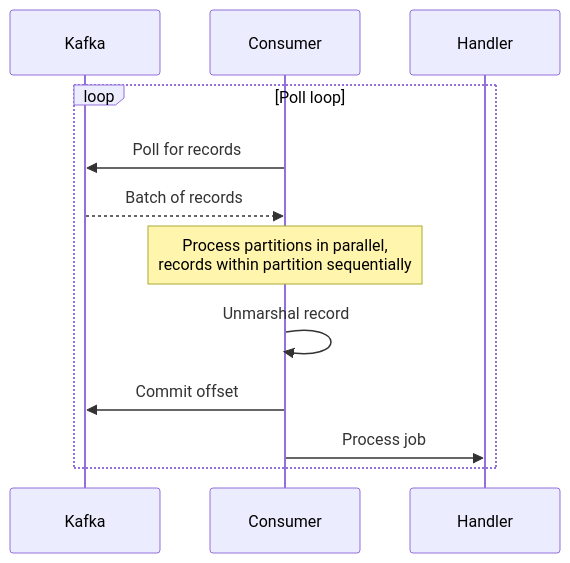
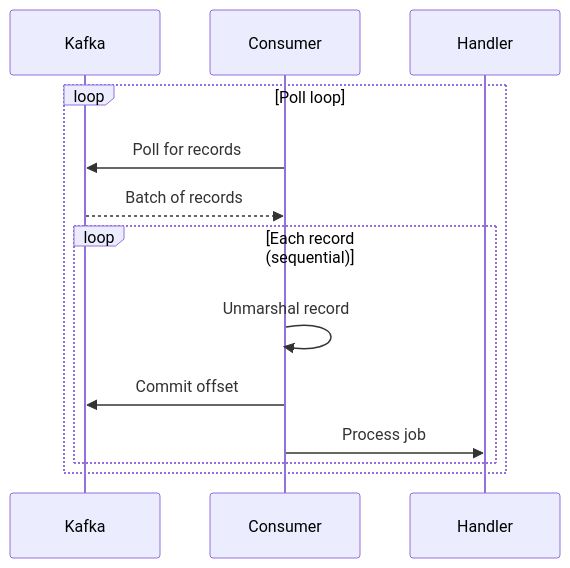
One commit to matmazurk/oidc-keepie changed the second of 10 diagrams in kafka/README.md. Above: the diagram before and after it, drawn with Mermaid. The commit also changed other lines of this file, not shown here.

Commit message:
update kafka readme

````diff
--- a/kafka/README.md
+++ b/kafka/README.md
@@ -41,17 +41,17 @@
 ```mermaid
 sequenceDiagram
     participant Kafka
     participant Consumer
     participant Handler
 
     loop Poll loop
         Consumer->>Kafka: Poll for records
         Kafka-->>Consumer: Batch of records
 
-        Note over Consumer: Process partitions in parallel,<br/>records within partition sequentially
-
-        Consumer->>Consumer: Unmarshal record
-        Consumer->>Kafka: Commit offset
-        Consumer->>Handler: Process job
+        loop Each record (sequential)
+            Consumer->>Consumer: Unmarshal record
+            Consumer->>Kafka: Commit offset
+            Consumer->>Handler: Process job
+        end
     end
 ```
````
